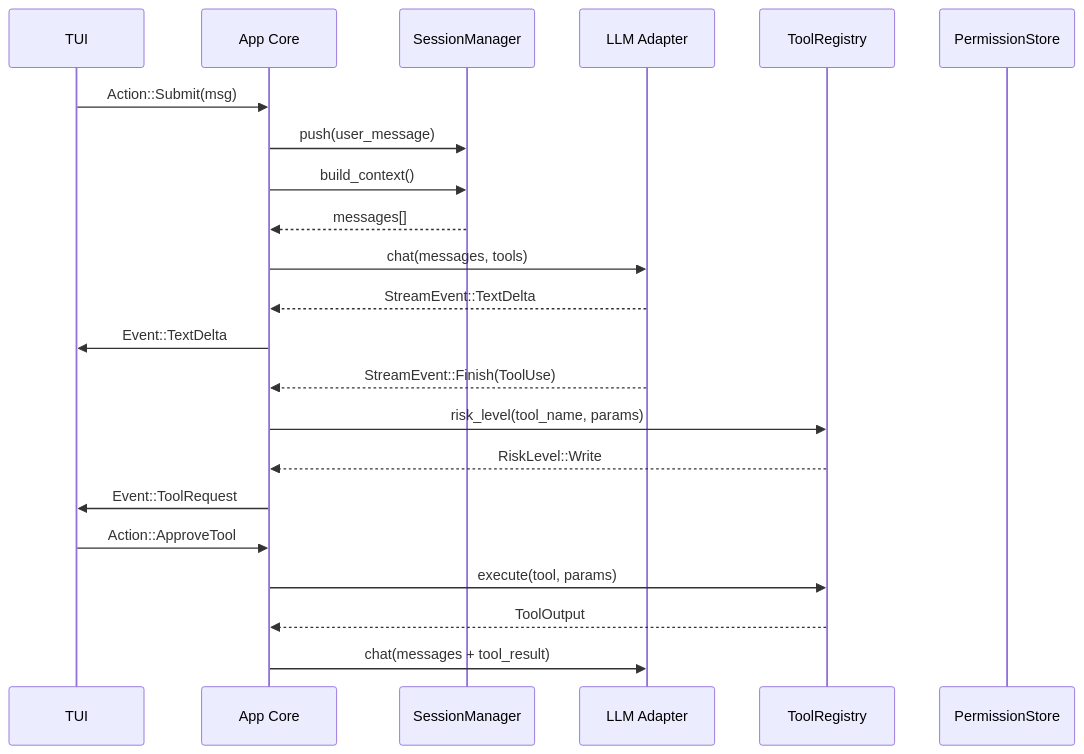
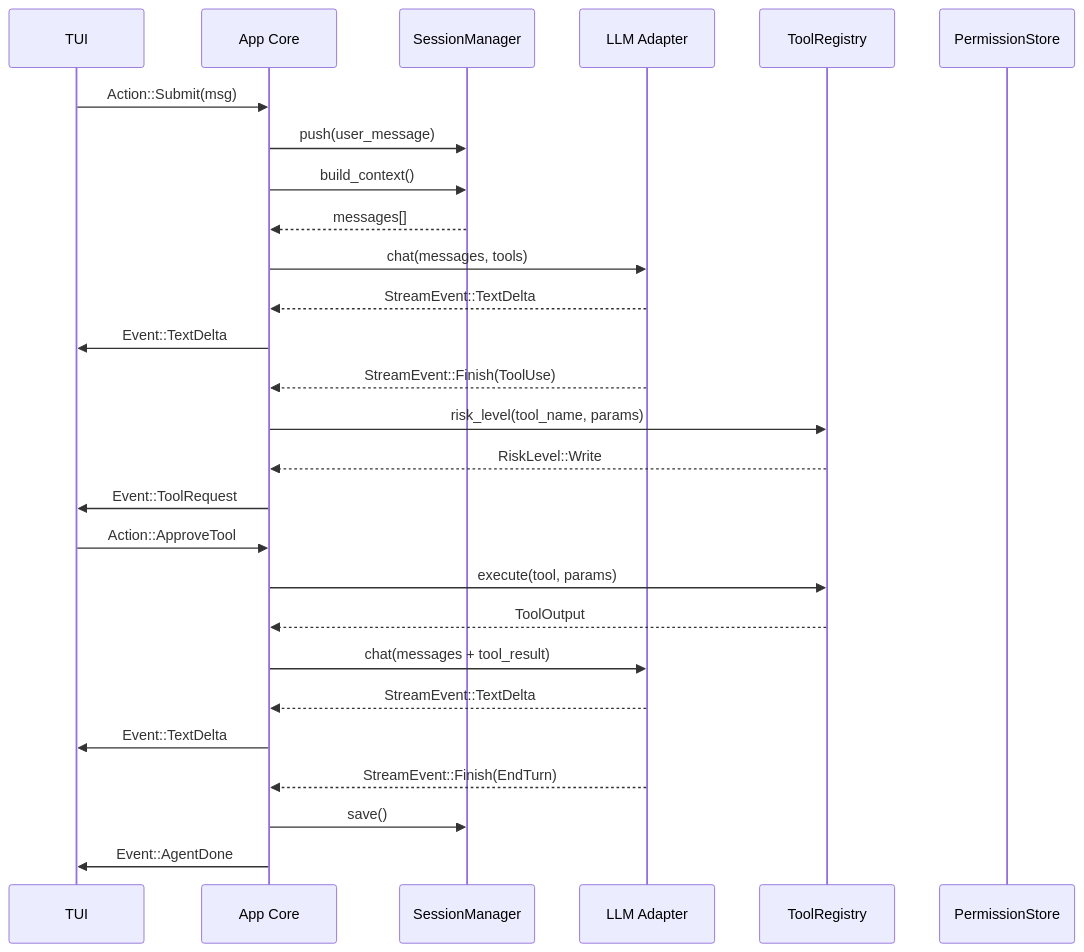
Before and after one commit to CheneyYin/emergence: the second of 12 diagrams in docs/superpowers/specs/2026-05-04-emergence-design.md, drawn with Mermaid. The commit also changed other lines of this file, not shown here.

Commit message:
fix: add missing LLM response in sequence diagrams

````diff
--- a/docs/superpowers/specs/2026-05-04-emergence-design.md
+++ b/docs/superpowers/specs/2026-05-04-emergence-design.md
@@ -72,25 +72,30 @@
 ```mermaid
 sequenceDiagram
     participant TUI
     participant App as App Core
     participant SM as SessionManager
     participant LLM as LLM Adapter
     participant TR as ToolRegistry
     participant PS as PermissionStore
 
     TUI->>App: Action::Submit(msg)
     App->>SM: push(user_message)
     App->>SM: build_context()
     SM-->>App: messages[]
     App->>LLM: chat(messages, tools)
     LLM-->>App: StreamEvent::TextDelta
     App->>TUI: Event::TextDelta
     LLM-->>App: StreamEvent::Finish(ToolUse)
     App->>TR: risk_level(tool_name, params)
     TR-->>App: RiskLevel::Write
     App->>TUI: Event::ToolRequest
     TUI->>App: Action::ApproveTool
     App->>TR: execute(tool, params)
     TR-->>App: ToolOutput
     App->>LLM: chat(messages + tool_result)
+    LLM-->>App: StreamEvent::TextDelta
+    App->>TUI: Event::TextDelta
+    LLM-->>App: StreamEvent::Finish(EndTurn)
+    App->>SM: save()
+    App->>TUI: Event::AgentDone
 ```
````
